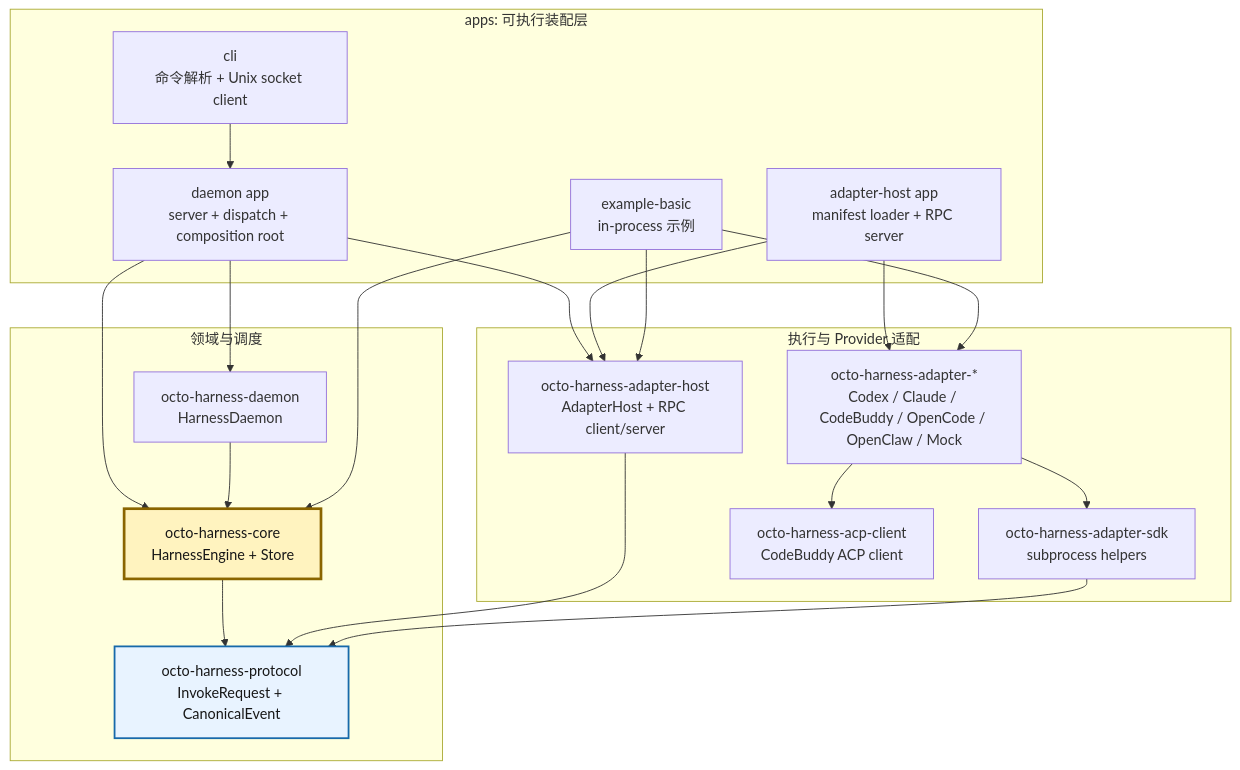
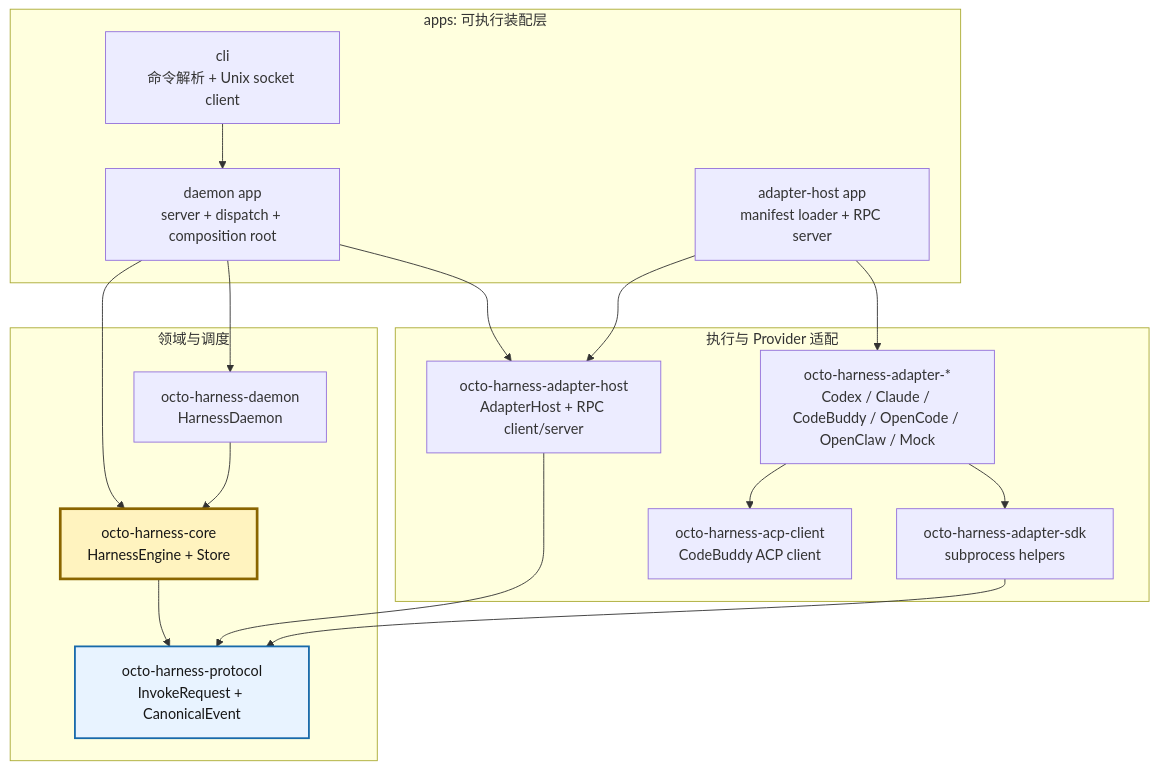
Before and after one commit to LarsonLian/octo-runtime: the first of 8 diagrams in docs/02-module-and-transport-flow.md, drawn with Mermaid. The commit also changed other lines of this file and 13 other files, not shown here.

First line of the commit message:
chore: remove example-basic app and present single adapter-host deployment

````diff
--- a/docs/02-module-and-transport-flow.md
+++ b/docs/02-module-and-transport-flow.md
@@ -18,41 +18,37 @@
 ```mermaid
 flowchart TB
   subgraph Apps["apps: 可执行装配层"]
     CLI["cli\n命令解析 + Unix socket client"]
     DA["daemon app\nserver + dispatch + composition root"]
     HA["adapter-host app\nmanifest loader + RPC server"]
-    EX["example-basic\nin-process 示例"]
   end
 
   subgraph Domain["领域与调度"]
     DL["octo-harness-daemon\nHarnessDaemon"]
     CORE["octo-harness-core\nHarnessEngine + Store"]:::core
     PROTO["octo-harness-protocol\nInvokeRequest + CanonicalEvent"]:::contract
   end
 
   subgraph Execution["执行与 Provider 适配"]
     HOST["octo-harness-adapter-host\nAdapterHost + RPC client/server"]
     SDK["octo-harness-adapter-sdk\nsubprocess helpers"]
     ADAPTERS["octo-harness-adapter-*\nCodex / Claude / CodeBuddy / OpenCode / OpenClaw / Mock"]
     ACP["octo-harness-acp-client\nCodeBuddy ACP client"]
   end
 
   CLI --> DA
   DA --> DL
   DA --> CORE
   DA --> HOST
   DL --> CORE
   CORE --> PROTO
   HOST --> PROTO
   SDK --> PROTO
   ADAPTERS --> SDK
   ADAPTERS --> ACP
   HA --> HOST
   HA --> ADAPTERS
-  EX --> CORE
-  EX --> HOST
-  EX --> ADAPTERS
 
   classDef core fill:#fff3bf,stroke:#8a6500,stroke-width:3px,color:#171717;
   classDef contract fill:#e8f3ff,stroke:#1769aa,stroke-width:2px,color:#171717;
 ```
````
